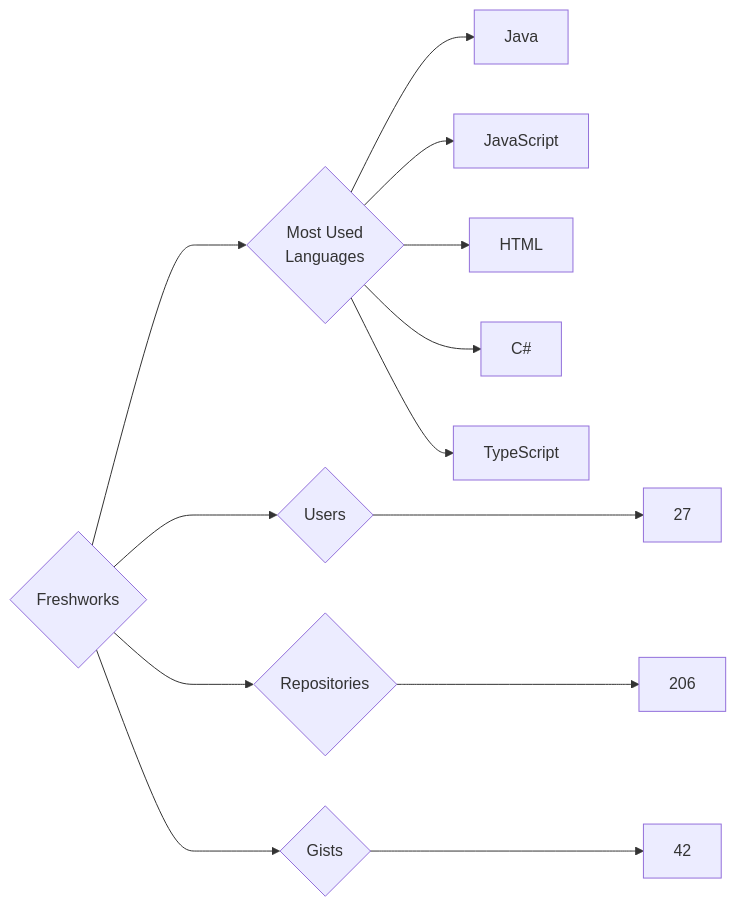
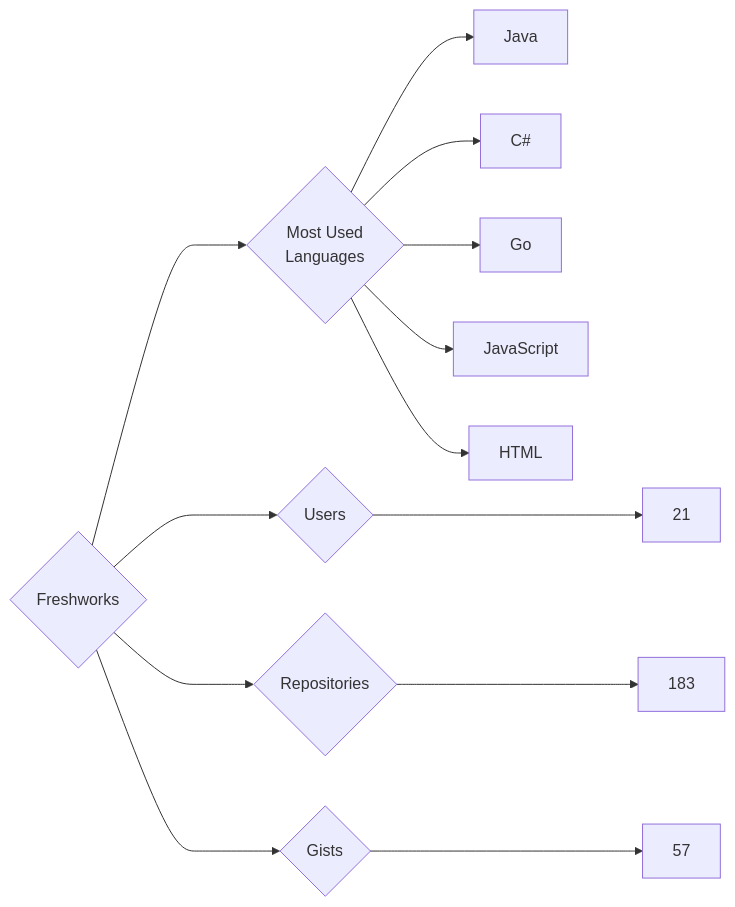
Before and after one commit to trickest/insiders: the diagram in targets/Freshworks/README.md, drawn with Mermaid. The commit also changed 845 other files, not shown here.

````diff
--- a/targets/Freshworks/README.md
+++ b/targets/Freshworks/README.md
@@ -3,13 +3,13 @@
 ```mermaid
 graph LR
 COMPANY_NAME{Freshworks}
-COMPANY_NAME ---> U{Users} ---> UN[27]
-COMPANY_NAME ---> R{Repositories} ---> RN[206]
-COMPANY_NAME ---> G{Gists} ---> GN[42]
+COMPANY_NAME ---> U{Users} ---> UN[21]
+COMPANY_NAME ---> R{Repositories} ---> RN[183]
+COMPANY_NAME ---> G{Gists} ---> GN[57]
 COMPANY_NAME ---> ML{Most Used<br>Languages}
 ML --> Java[Java]
+ML --> C#[C#]
+ML --> Go[Go]
 ML --> JavaScript[JavaScript]
 ML --> HTML[HTML]
-ML --> C#[C#]
-ML --> TypeScript[TypeScript]
 ```
````
